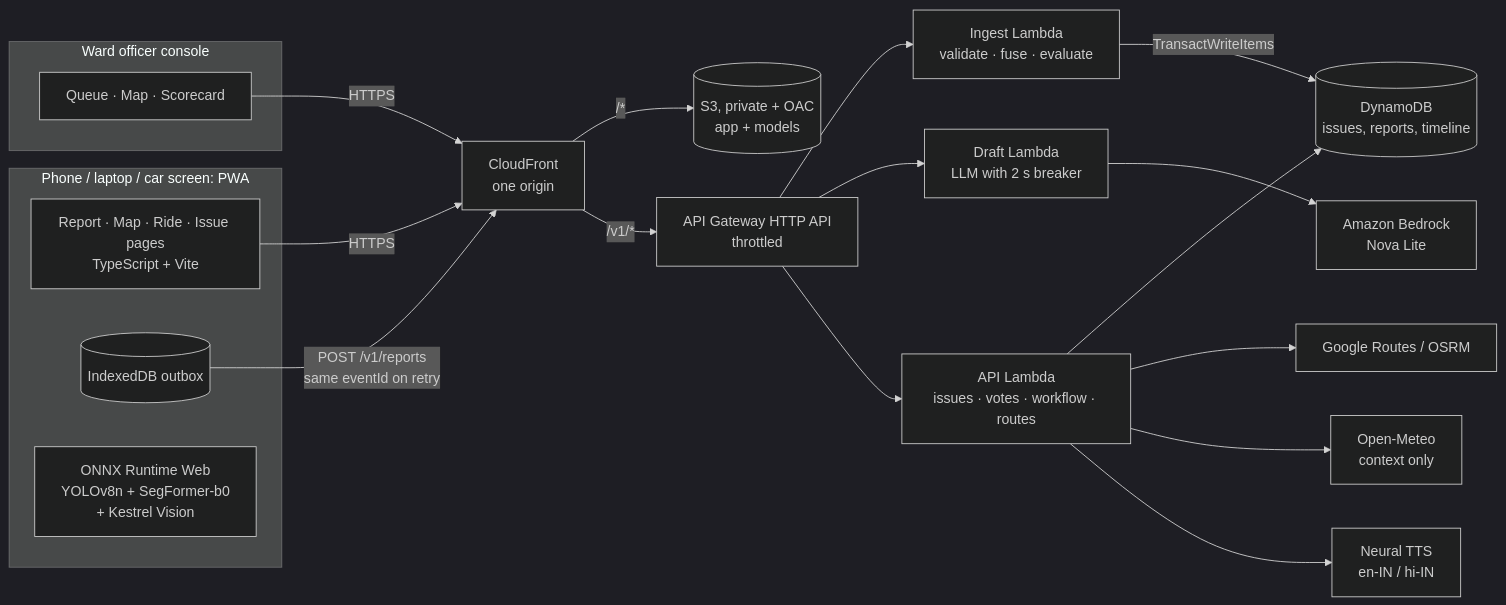
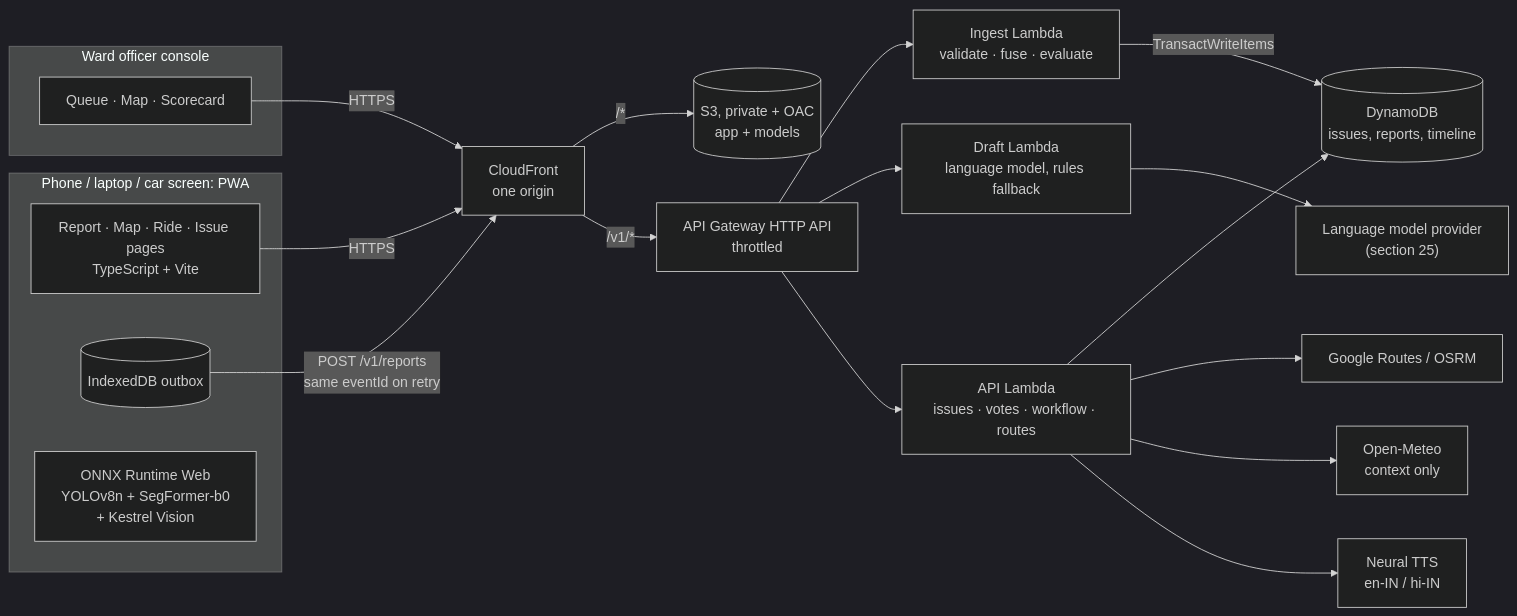
Before and after one commit to 4-thkind/Kestrel: diagram 11 of 15 in README.md, drawn with Mermaid (dark theme). The commit also changed other lines of this file, not shown here.

````diff
--- a/README.md
+++ b/README.md
@@ -459,28 +469,28 @@
 ```mermaid
 flowchart LR
   subgraph Client["Phone / laptop / car screen: PWA"]
     UI["Report · Map · Ride · Issue pages<br/>TypeScript + Vite"]
     OB[("IndexedDB outbox")]
     ML["ONNX Runtime Web<br/>YOLOv8n + SegFormer-b0<br/>+ Kestrel Vision"]
   end
   subgraph Officer["Ward officer console"]
     OC["Queue · Map · Scorecard"]
   end
 
   UI -->|HTTPS| CF["CloudFront<br/>one origin"]
   OC -->|HTTPS| CF
   OB -->|"POST /v1/reports<br/>same eventId on retry"| CF
   CF -->|"/*"| S3[("S3, private + OAC<br/>app + models")]
   CF -->|"/v1/*"| GW["API Gateway HTTP API<br/>throttled"]
 
   GW --> L1["Ingest Lambda<br/>validate · fuse · evaluate"]
-  GW --> L2["Draft Lambda<br/>LLM with 2 s breaker"]
+  GW --> L2["Draft Lambda<br/>language model, rules fallback"]
   GW --> L3["API Lambda<br/>issues · votes · workflow · routes"]
 
   L1 -->|TransactWriteItems| DB[("DynamoDB<br/>issues, reports, timeline")]
   L3 --> DB
-  L2 --> BR["Amazon Bedrock<br/>Nova Lite"]
+  L2 --> BR["Language model provider<br/>(section 25)"]
   L3 --> RT["Google Routes / OSRM"]
   L3 --> WX["Open-Meteo<br/>context only"]
   L3 --> TTS["Neural TTS<br/>en-IN / hi-IN"]
 ```
````
